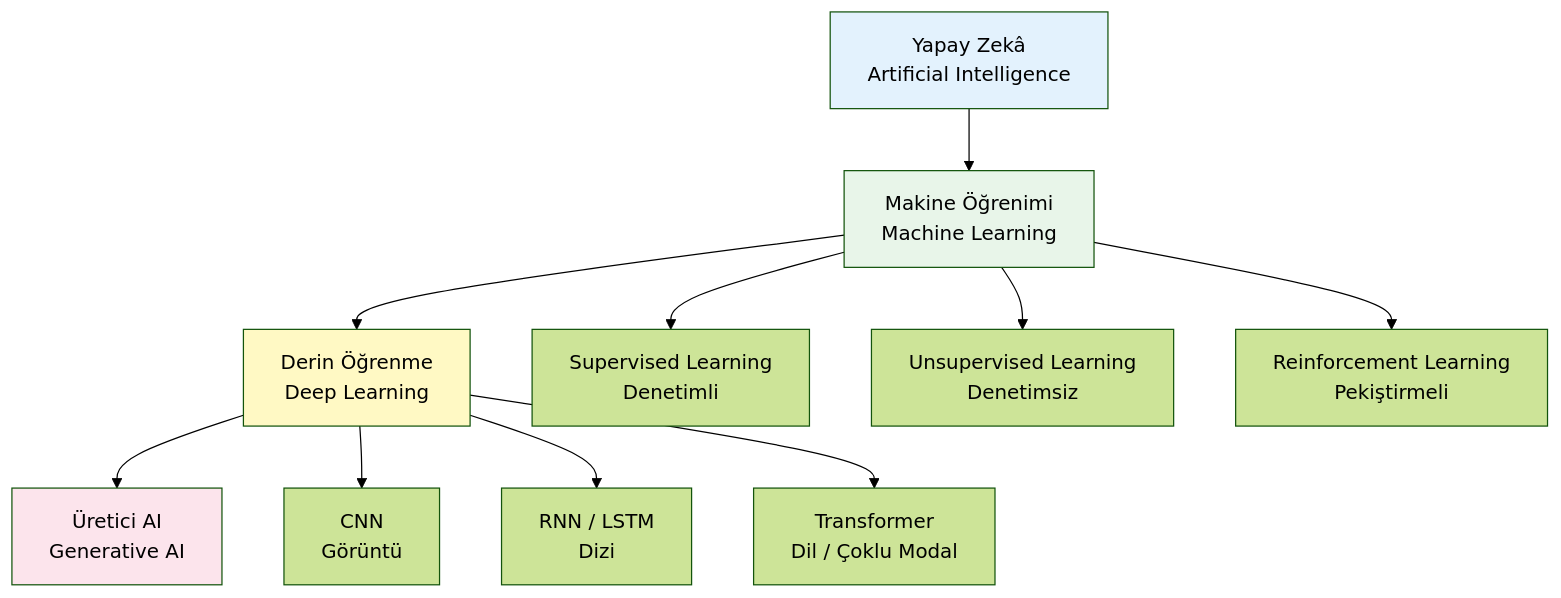
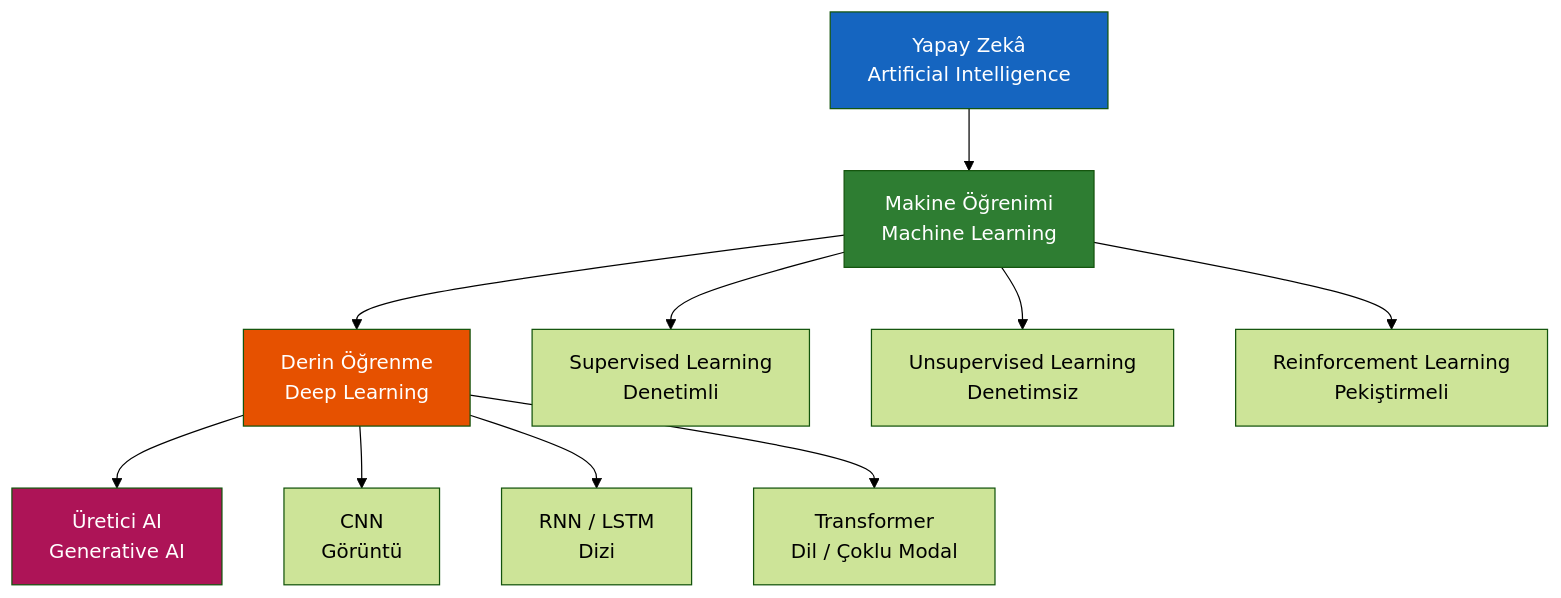
One commit to serkanMzlm/EngineeringHub changed the first of 6 diagrams in tech_notebook/docs/md/ai/fundamentals.md. Above: the diagram before and after it, drawn with Mermaid (forest theme). The commit also changed other lines of this file and 7 other files, not shown here.

````diff
--- a/tech_notebook/docs/md/ai/fundamentals.md
+++ b/tech_notebook/docs/md/ai/fundamentals.md
@@ -6,19 +6,19 @@
 ```mermaid
 graph TD
     AI[Yapay Zekâ\nArtificial Intelligence] --> ML[Makine Öğrenimi\nMachine Learning]
     ML --> DL[Derin Öğrenme\nDeep Learning]
     DL --> GEN[Üretici AI\nGenerative AI]
 
     ML --> SL[Supervised Learning\nDenetimli]
     ML --> UL[Unsupervised Learning\nDenetimsiz]
     ML --> RL[Reinforcement Learning\nPekiştirmeli]
 
     DL --> CNN[CNN\nGörüntü]
     DL --> RNN[RNN / LSTM\nDizi]
     DL --> TRANS[Transformer\nDil / Çoklu Modal]
 
-    style AI fill:#E3F2FD
-    style ML fill:#E8F5E9
-    style DL fill:#FFF9C4
-    style GEN fill:#FCE4EC
+    style AI fill:#1565C0,color:#fff
+    style ML fill:#2E7D32,color:#fff
+    style DL fill:#E65100,color:#fff
+    style GEN fill:#AD1457,color:#fff
 ```
````
